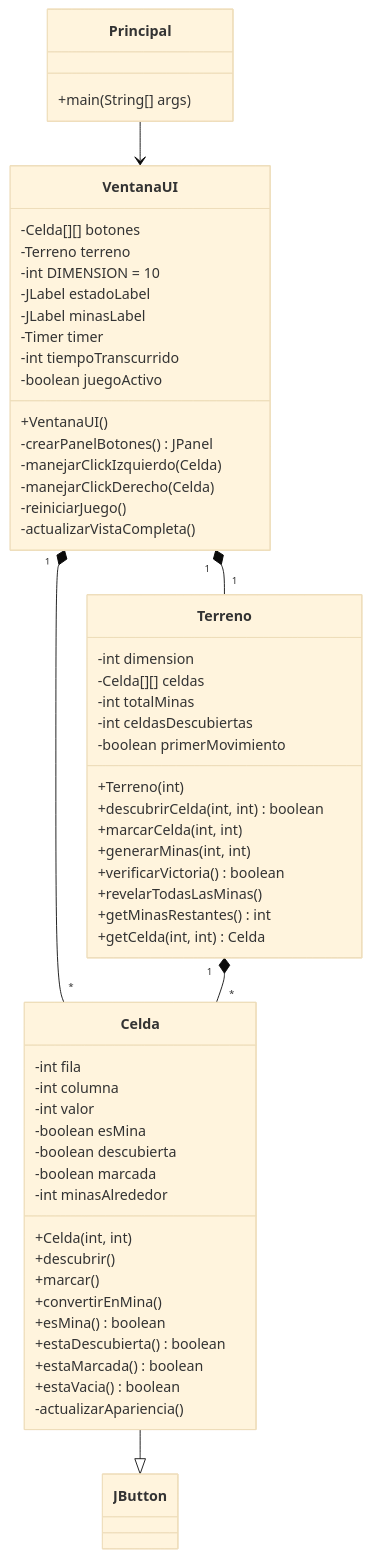
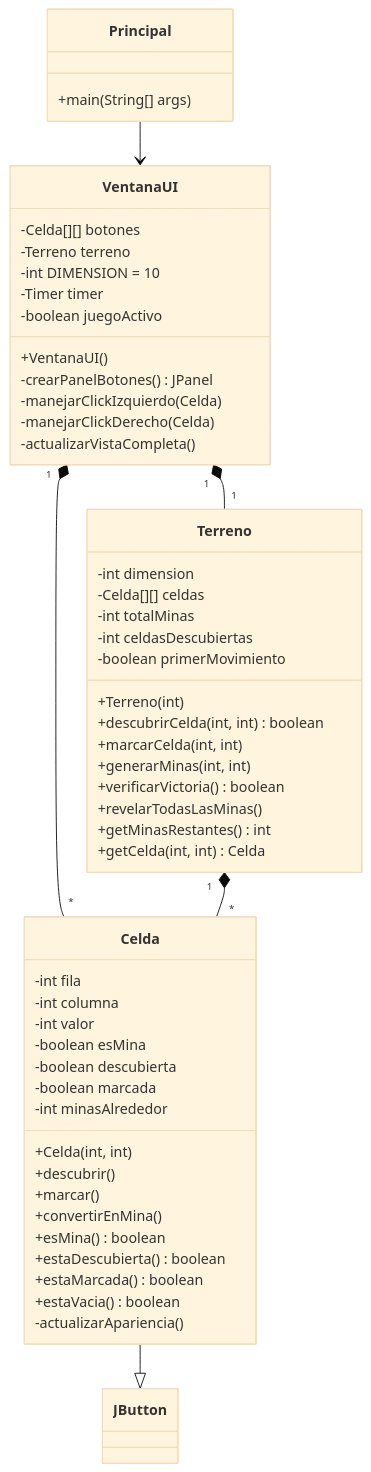
One commit to pum9-jpg/programacion-avanzada changed the second of 3 diagrams in ejemplos/Buscaminas/README.md. Above: the diagram before and after it, drawn with Mermaid (base theme). The commit also changed other lines of this file, not shown here.

First line of the commit message:
Se actualizo los puntos de cada diagrama

````diff
--- a/ejemplos/Buscaminas/README.md
+++ b/ejemplos/Buscaminas/README.md
@@ -112,64 +110,60 @@
 ```mermaid
 classDiagram
     class Principal {
         +main(String[] args)
     }
 
     class VentanaUI {
         -Celda[][] botones
         -Terreno terreno
         -int DIMENSION = 10
-        -JLabel estadoLabel
-        -JLabel minasLabel
         -Timer timer
-        -int tiempoTranscurrido
         -boolean juegoActivo
         +VentanaUI()
         -crearPanelBotones() JPanel
         -manejarClickIzquierdo(Celda)
         -manejarClickDerecho(Celda)
-        -reiniciarJuego()
         -actualizarVistaCompleta()
     }
 
     class Terreno {
         -int dimension
         -Celda[][] celdas
         -int totalMinas
         -int celdasDescubiertas
         -boolean primerMovimiento
         +Terreno(int)
         +descubrirCelda(int, int) boolean
         +marcarCelda(int, int)
         +generarMinas(int, int)
         +verificarVictoria() boolean
         +revelarTodasLasMinas()
         +getMinasRestantes() int
         +getCelda(int, int) Celda
     }
 
     class Celda {
         -int fila
         -int columna
         -int valor
         -boolean esMina
         -boolean descubierta
         -boolean marcada
         -int minasAlrededor
         +Celda(int, int)
         +descubrir()
         +marcar()
         +convertirEnMina()
         +esMina() boolean
         +estaDescubierta() boolean
         +estaMarcada() boolean
         +estaVacia() boolean
         -actualizarApariencia()
     }
 
     Principal --> VentanaUI
     VentanaUI "1" *-- "1" Terreno
     VentanaUI "1" *-- "*" Celda
     Terreno "1" *-- "*" Celda
     Celda --|> JButton
 ```
````
